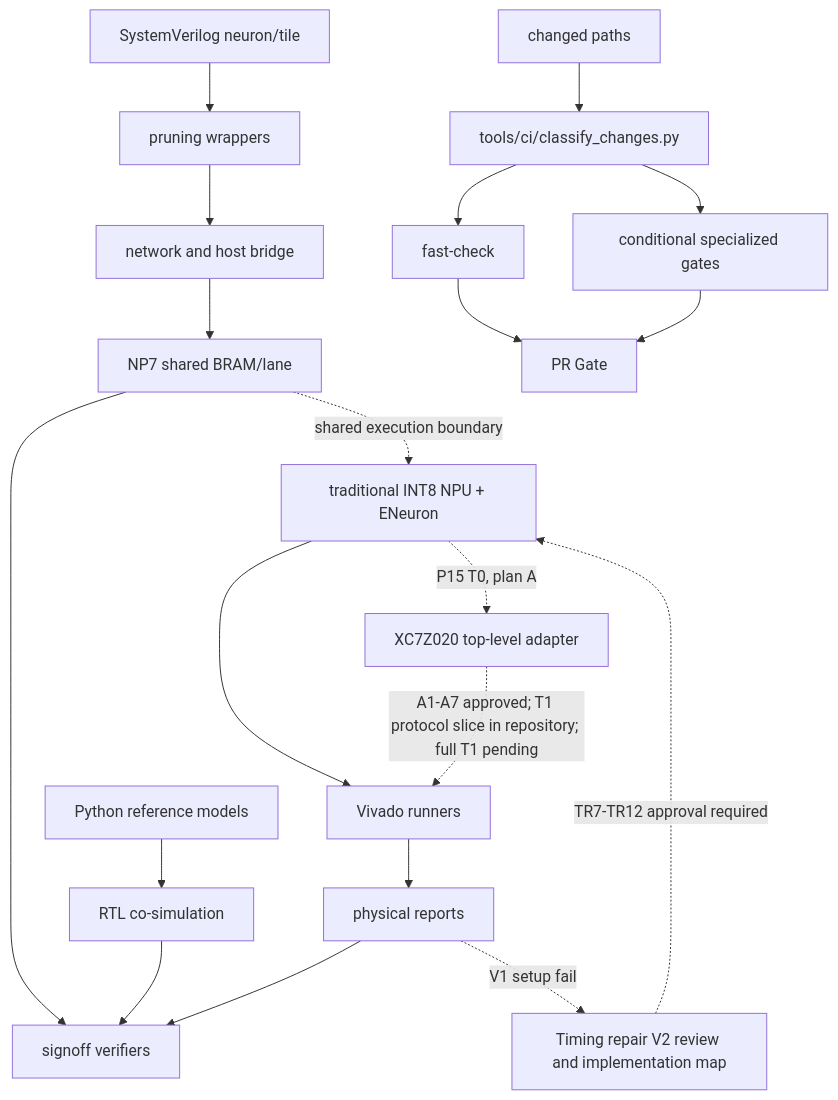
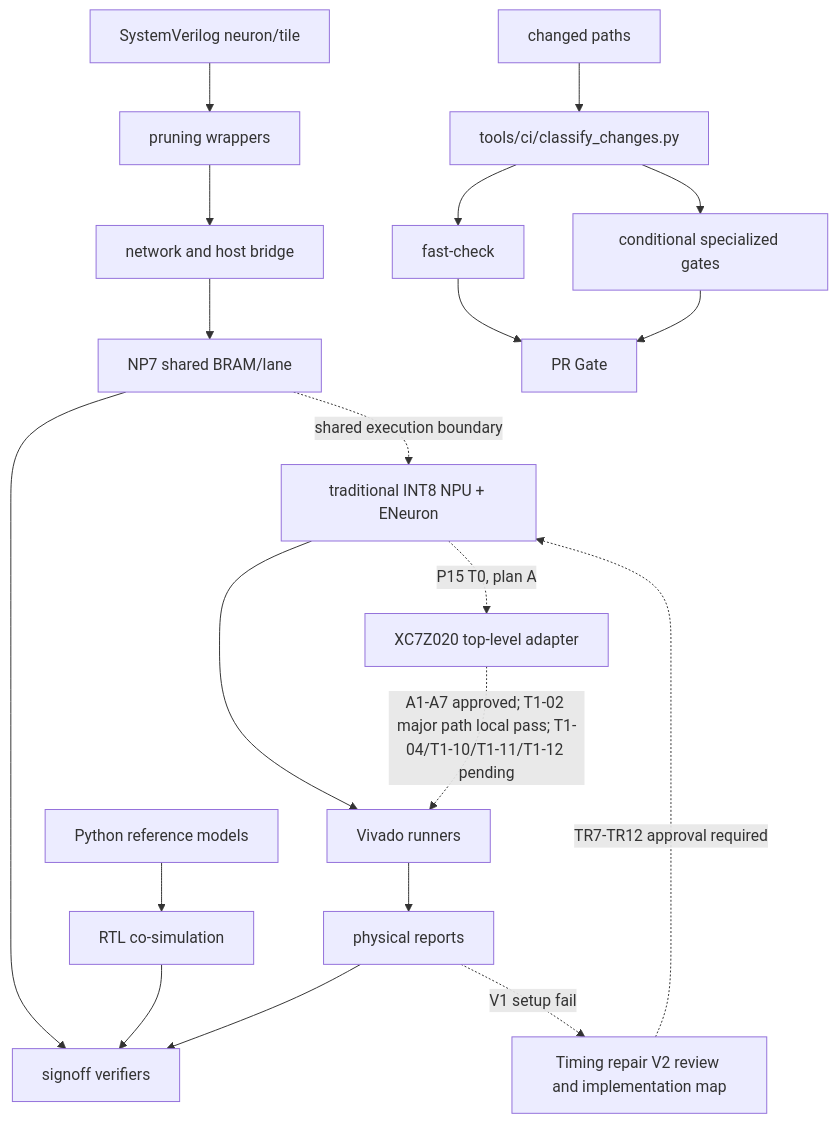
One commit to Epslion404/ENeuron changed the diagram in .nexus-map/arch/dependencies.md. Above: the diagram before and after it, drawn with Mermaid. The commit also changed other lines of this file and 16 other files, not shown here.

````diff
--- a/.nexus-map/arch/dependencies.md
+++ b/.nexus-map/arch/dependencies.md
@@ -7,22 +7,22 @@
 ```mermaid
 graph TD
   ref[Python reference models] --> cosim[RTL co-simulation]
   rtl[SystemVerilog neuron/tile] --> wrap[pruning wrappers]
   wrap --> net[network and host bridge]
   net --> np7[NP7 shared BRAM/lane]
   np7 --> verify[signoff verifiers]
   cosim --> verify[signoff verifiers]
   vivado[Vivado runners] --> reports[physical reports]
   reports --> verify
   reports -. V1 setup fail .-> timing[Timing repair V2 review and implementation map]
   timing -. TR7-TR12 approval required .-> npu
   np7 -. shared execution boundary .-> npu[traditional INT8 NPU + ENeuron]
   npu --> vivado
   npu -. P15 T0, plan A .-> p15[XC7Z020 top-level adapter]
-  p15 -. A1-A7 approved; T1 protocol slice in repository; full T1 pending .-> vivado
+  p15 -. A1-A7 approved; T1-02 major path local pass; T1-04/T1-10/T1-11/T1-12 pending .-> vivado
   changes[changed paths] --> classify[tools/ci/classify_changes.py]
   classify --> fast[fast-check]
   classify --> specialized[conditional specialized gates]
   fast --> gate[PR Gate]
   specialized --> gate
 ```
````
